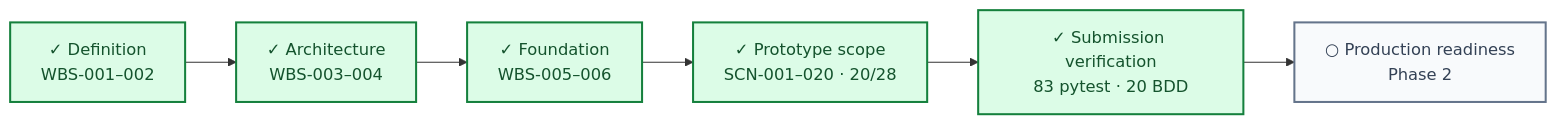
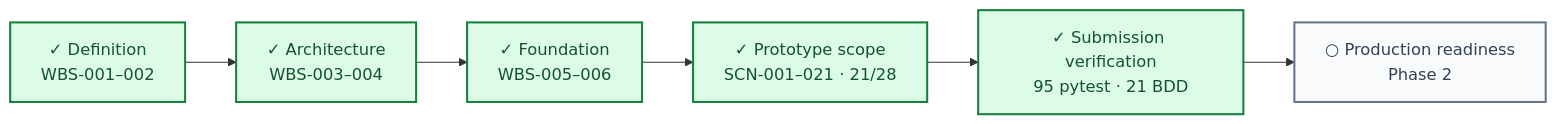
One commit to stoarch/testA2 changed the diagram in DASHBOARD/PROGRESS.md. Above: the diagram before and after it, drawn with Mermaid. The commit also changed other lines of this file and 17 other files, not shown here.

````diff
--- a/DASHBOARD/PROGRESS.md
+++ b/DASHBOARD/PROGRESS.md
@@ -7,13 +7,13 @@
 ```mermaid
 flowchart LR
     M1["✓ Definition<br/>WBS-001–002"] --> M2["✓ Architecture<br/>WBS-003–004"]
     M2 --> M3["✓ Foundation<br/>WBS-005–006"]
-    M3 --> M4["✓ Prototype scope<br/>SCN-001–020 · 20/28"]
-    M4 --> M5["✓ Submission verification<br/>83 pytest · 20 BDD"]
+    M3 --> M4["✓ Prototype scope<br/>SCN-001–021 · 21/28"]
+    M4 --> M5["✓ Submission verification<br/>95 pytest · 21 BDD"]
     M5 --> M6["○ Production readiness<br/>Phase 2"]
 
     classDef done fill:#dcfce7,stroke:#15803d,color:#14532d,stroke-width:2px;
     classDef planned fill:#f8fafc,stroke:#64748b,color:#334155,stroke-width:2px;
     class M1,M2,M3,M4,M5 done;
     class M6 planned;
 ```
````
